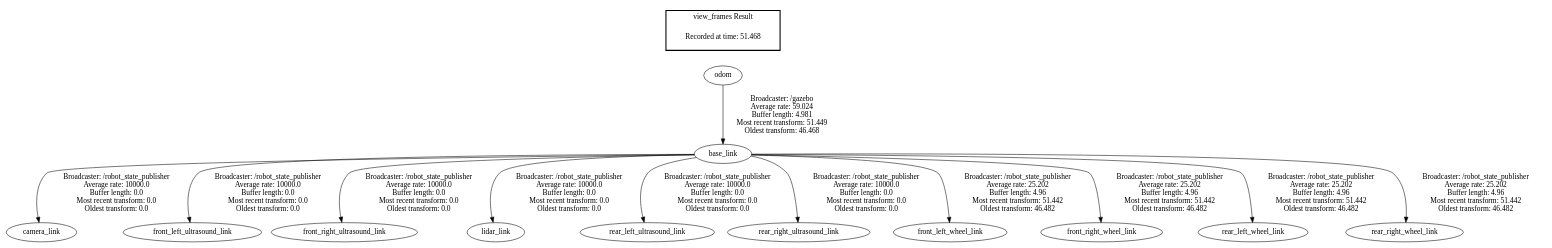
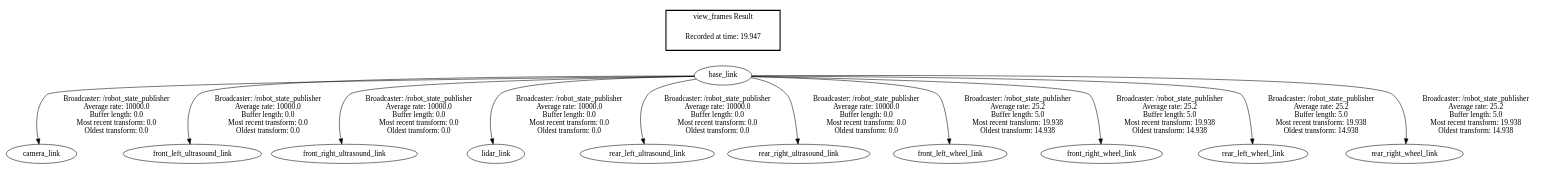
One commit to wooepeke/Mirte-Master-Simulation changed the diagram in frames.gv. Above: the diagram before and after it, drawn with Graphviz. The commit also changed 6 other files, not shown here.

```diff
--- a/frames.gv
+++ b/frames.gv
@@ -1,17 +1,16 @@
 digraph G {
 "base_link" -> "camera_link"[label=" Broadcaster: /robot_state_publisher\nAverage rate: 10000.0\nBuffer length: 0.0\nMost recent transform: 0.0\nOldest transform: 0.0\n"];
-"odom" -> "base_link"[label=" Broadcaster: /gazebo\nAverage rate: 59.024\nBuffer length: 4.981\nMost recent transform: 51.449\nOldest transform: 46.468\n"];
 "base_link" -> "front_left_ultrasound_link"[label=" Broadcaster: /robot_state_publisher\nAverage rate: 10000.0\nBuffer length: 0.0\nMost recent transform: 0.0\nOldest transform: 0.0\n"];
 "base_link" -> "front_right_ultrasound_link"[label=" Broadcaster: /robot_state_publisher\nAverage rate: 10000.0\nBuffer length: 0.0\nMost recent transform: 0.0\nOldest transform: 0.0\n"];
 "base_link" -> "lidar_link"[label=" Broadcaster: /robot_state_publisher\nAverage rate: 10000.0\nBuffer length: 0.0\nMost recent transform: 0.0\nOldest transform: 0.0\n"];
 "base_link" -> "rear_left_ultrasound_link"[label=" Broadcaster: /robot_state_publisher\nAverage rate: 10000.0\nBuffer length: 0.0\nMost recent transform: 0.0\nOldest transform: 0.0\n"];
 "base_link" -> "rear_right_ultrasound_link"[label=" Broadcaster: /robot_state_publisher\nAverage rate: 10000.0\nBuffer length: 0.0\nMost recent transform: 0.0\nOldest transform: 0.0\n"];
-"base_link" -> "front_left_wheel_link"[label=" Broadcaster: /robot_state_publisher\nAverage rate: 25.202\nBuffer length: 4.96\nMost recent transform: 51.442\nOldest transform: 46.482\n"];
-"base_link" -> "front_right_wheel_link"[label=" Broadcaster: /robot_state_publisher\nAverage rate: 25.202\nBuffer length: 4.96\nMost recent transform: 51.442\nOldest transform: 46.482\n"];
-"base_link" -> "rear_left_wheel_link"[label=" Broadcaster: /robot_state_publisher\nAverage rate: 25.202\nBuffer length: 4.96\nMost recent transform: 51.442\nOldest transform: 46.482\n"];
-"base_link" -> "rear_right_wheel_link"[label=" Broadcaster: /robot_state_publisher\nAverage rate: 25.202\nBuffer length: 4.96\nMost recent transform: 51.442\nOldest transform: 46.482\n"];
+"base_link" -> "front_left_wheel_link"[label=" Broadcaster: /robot_state_publisher\nAverage rate: 25.2\nBuffer length: 5.0\nMost recent transform: 19.938\nOldest transform: 14.938\n"];
+"base_link" -> "front_right_wheel_link"[label=" Broadcaster: /robot_state_publisher\nAverage rate: 25.2\nBuffer length: 5.0\nMost recent transform: 19.938\nOldest transform: 14.938\n"];
+"base_link" -> "rear_left_wheel_link"[label=" Broadcaster: /robot_state_publisher\nAverage rate: 25.2\nBuffer length: 5.0\nMost recent transform: 19.938\nOldest transform: 14.938\n"];
+"base_link" -> "rear_right_wheel_link"[label=" Broadcaster: /robot_state_publisher\nAverage rate: 25.2\nBuffer length: 5.0\nMost recent transform: 19.938\nOldest transform: 14.938\n"];
 edge [style=invis];
  subgraph cluster_legend { style=bold; color=black; label ="view_frames Result";
-"Recorded at time: 51.468"[ shape=plaintext ] ;
-}->"odom";
+"Recorded at time: 19.947"[ shape=plaintext ] ;
+}->"base_link";
 }
```
